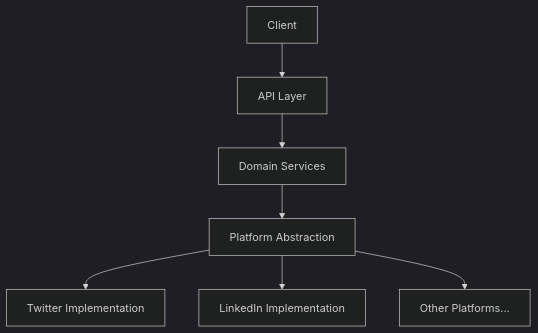
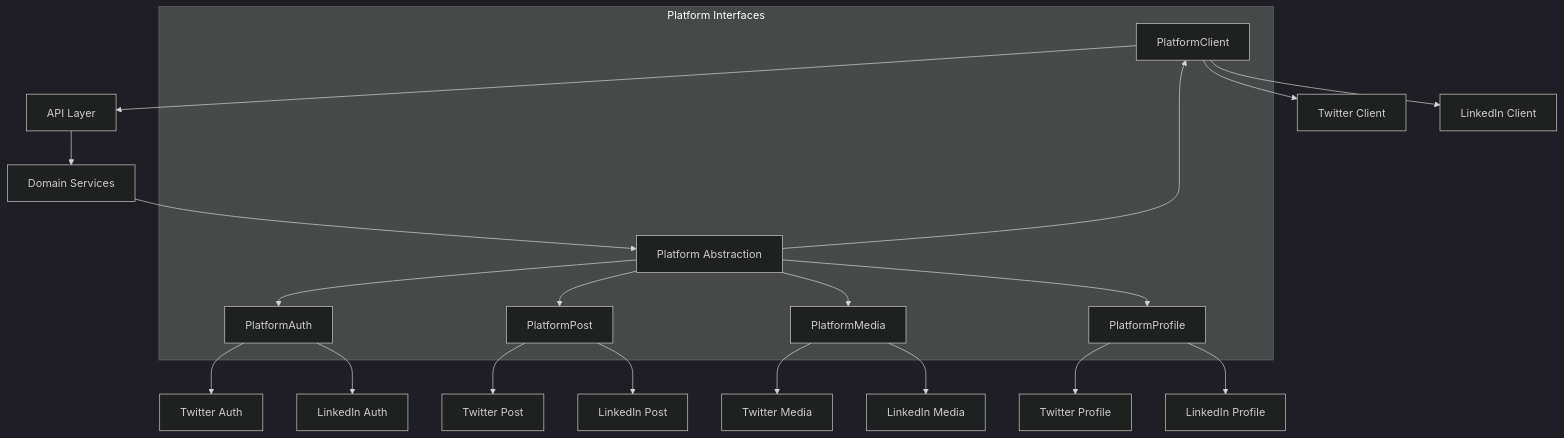
The second of 19 diagrams in memory-bank/systemPatterns.md (open-crosspost/open-crosspost-proxy-service), drawn with Mermaid (dark theme) before and after one commit. The commit also changed other lines of this file and 19 other files, not shown here.

````diff
--- a/memory-bank/systemPatterns.md
+++ b/memory-bank/systemPatterns.md
@@ -35,9 +35,26 @@
 ```mermaid
 flowchart TD
     Client[Client] --> API[API Layer]
     API --> Domain[Domain Services]
     Domain --> Abstraction[Platform Abstraction]
-    Abstraction --> Twitter[Twitter Implementation]
-    Abstraction --> LinkedIn[LinkedIn Implementation]
-    Abstraction --> Other[Other Platforms...]
+    
+    subgraph "Platform Interfaces"
+        Abstraction --> Auth[PlatformAuth]
+        Abstraction --> Client[PlatformClient]
+        Abstraction --> Post[PlatformPost]
+        Abstraction --> Media[PlatformMedia]
+        Abstraction --> Profile[PlatformProfile]
+    end
+    
+    Auth --> TwitterAuth[Twitter Auth]
+    Client --> TwitterClient[Twitter Client]
+    Post --> TwitterPost[Twitter Post]
+    Media --> TwitterMedia[Twitter Media]
+    Profile --> TwitterProfile[Twitter Profile]
+    
+    Auth --> LinkedInAuth[LinkedIn Auth]
+    Client --> LinkedInClient[LinkedIn Client]
+    Post --> LinkedInPost[LinkedIn Post]
+    Media --> LinkedInMedia[LinkedIn Media]
+    Profile --> LinkedInProfile[LinkedIn Profile]
 ```
````
